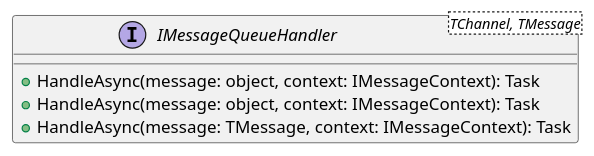
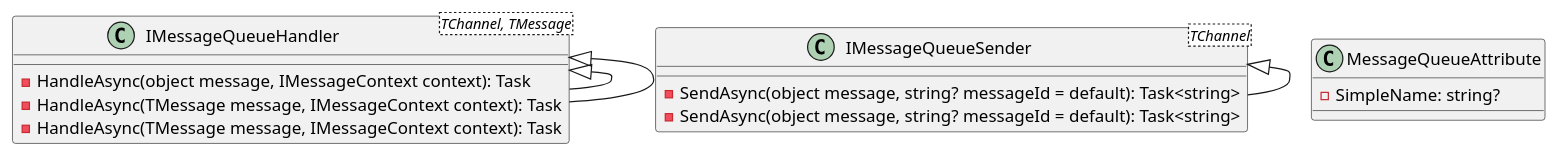
The first of 3 diagrams in docs/generated/Framework/Eliassen.MessageQueueing.Abstractions/Documentation.md (mwwhited-forks/dotnet-libs), drawn with PlantUML before and after one commit. The commit also changed other lines of this file and 444 other files, not shown here.

````diff
--- a/docs/generated/Framework/Eliassen.MessageQueueing.Abstractions/Documentation.md
+++ b/docs/generated/Framework/Eliassen.MessageQueueing.Abstractions/Documentation.md
@@ -24,16 +8,27 @@
 ```plantuml
 @startuml
 class IMessageQueueHandler {
-  + HandleAsync(message: object, context: IMessageContext): Task
+  - HandleAsync(object message, IMessageContext context): Task
 }
 
-interface IMessageQueueHandler<TChannel> {
-  + HandleAsync(message: object, context: IMessageContext): Task
+class IMessageQueueHandler<TChannel> extends IMessageQueueHandler {
+  - HandleAsync(TMessage message, IMessageContext context): Task
 }
 
-interface IMessageQueueHandler<TChannel, TMessage> {
-  + HandleAsync(message: TMessage, context: IMessageContext): Task
+class IMessageQueueHandler<TChannel, TMessage> extends IMessageQueueHandler<TChannel> {
+  - HandleAsync(TMessage message, IMessageContext context): Task
 }
 
+class IMessageQueueSender {
+  - SendAsync(object message, string? messageId = default): Task<string>
+}
+
+class IMessageQueueSender<TChannel> extends IMessageQueueSender {
+  - SendAsync(object message, string? messageId = default): Task<string>
+}
+
+class MessageQueueAttribute {
+  - SimpleName: string?
+}
 @enduml
 ```
````
